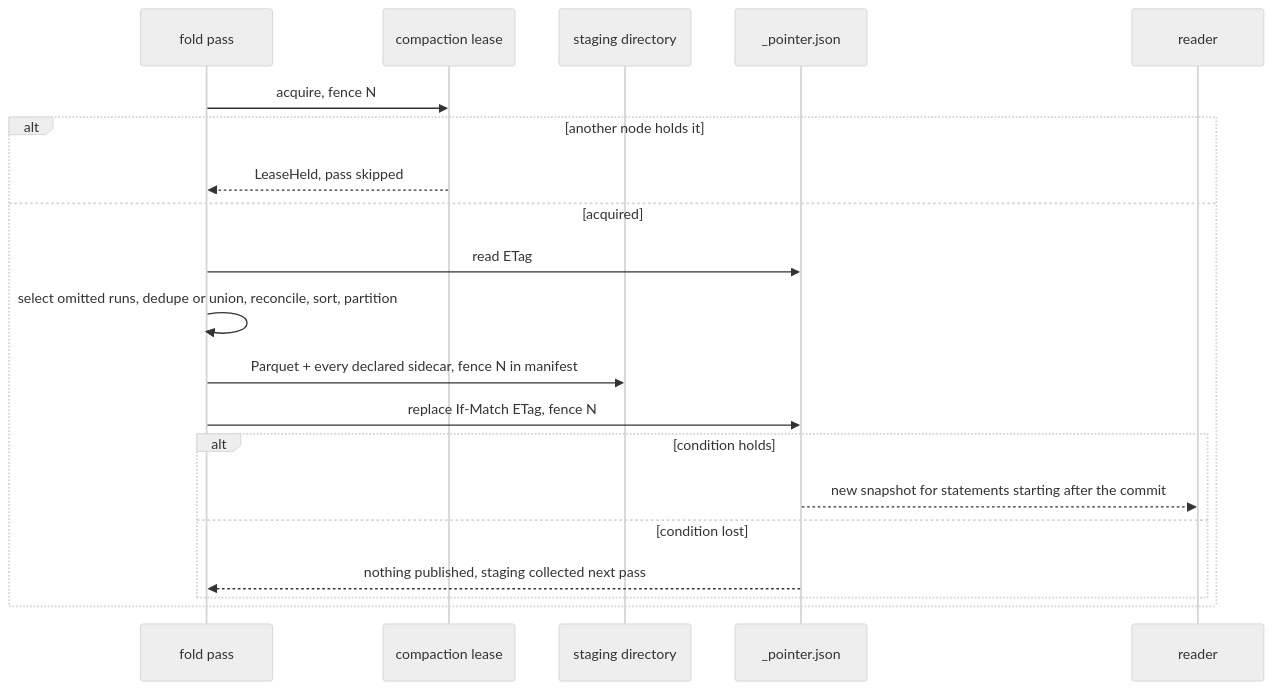
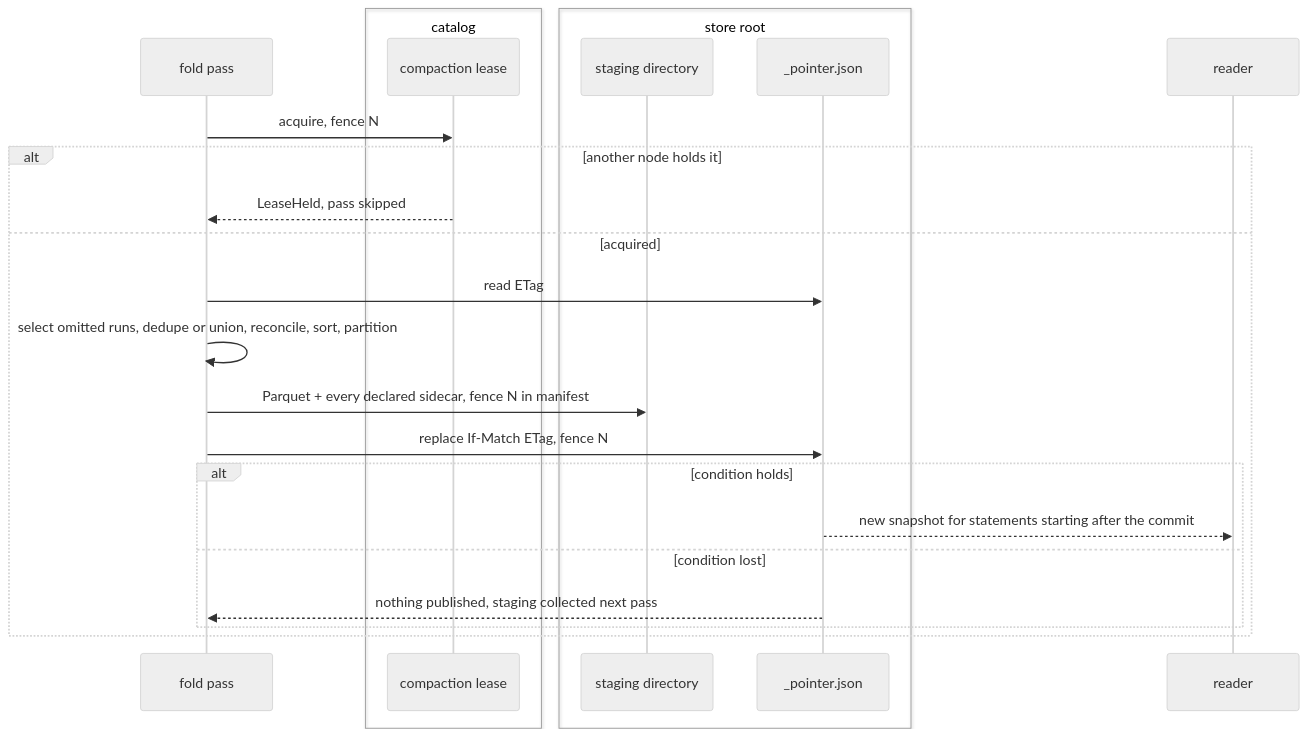
One commit to fractalboxdev/contextful changed the second of 5 diagrams in spec/10-store.md. Above: the diagram before and after it, drawn with Mermaid (neutral theme). The commit also changed other lines of this file and 33 other files, not shown here.

Commit message:
spec: diagrams draw contracts, parties and trust zones as containers; a node standing for one is refused

````diff
--- a/spec/10-store.md
+++ b/spec/10-store.md
@@ -197,23 +207,27 @@
 ```mermaid
 sequenceDiagram
   participant F as fold pass
-  participant L as compaction lease
-  participant S as staging directory
-  participant P as _pointer.json
+  box catalog
+    participant L as compaction lease
+  end
+  box store root
+    participant S as staging directory
+    participant P as _pointer.json
+  end
   participant R as reader
 
   F->>L: acquire, fence N
   alt another node holds it
     L-->>F: LeaseHeld, pass skipped
   else acquired
     F->>P: read ETag
     F->>F: select omitted runs, dedupe or union, reconcile, sort, partition
     F->>S: Parquet + every declared sidecar, fence N in manifest
     F->>P: replace If-Match ETag, fence N
     alt condition holds
       P-->>R: new snapshot for statements starting after the commit
     else condition lost
       P-->>F: nothing published, staging collected next pass
     end
   end
 ```
````
